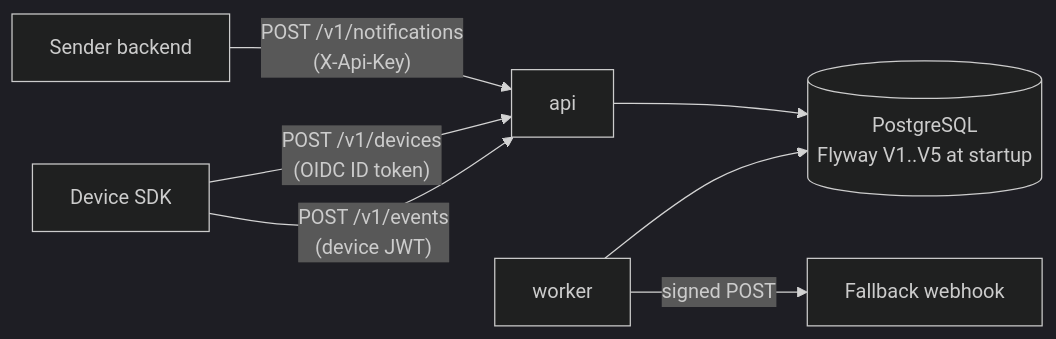
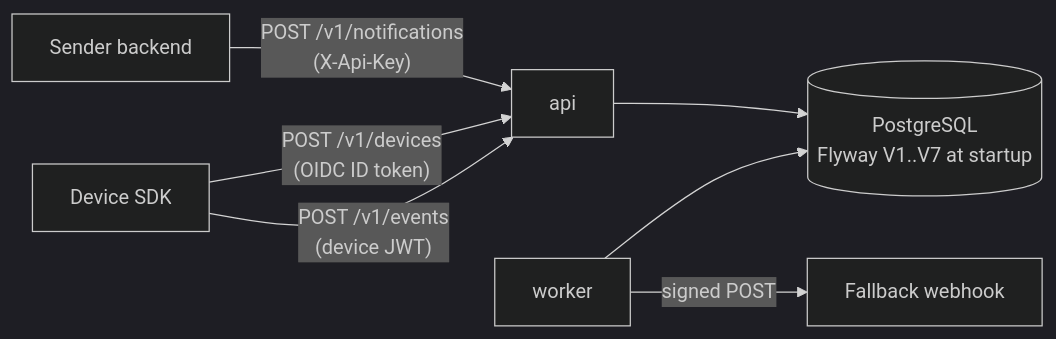
Before and after one commit to valentirob/reliable-push: the first of 2 diagrams in docs/architecture.md, drawn with Mermaid (dark theme). The commit also changed other lines of this file and 20 other files, not shown here.

````diff
--- a/docs/architecture.md
+++ b/docs/architecture.md
@@ -21,9 +21,9 @@
 ```mermaid
 flowchart LR
   SB["Sender backend"] -- "POST /v1/notifications<br/>(X-Api-Key)" --> API["api"]
   SDK["Device SDK"] -- "POST /v1/devices<br/>(OIDC ID token)" --> API
   SDK -- "POST /v1/events<br/>(device JWT)" --> API
-  API --> DB[("PostgreSQL<br/>Flyway V1..V5 at startup")]
+  API --> DB[("PostgreSQL<br/>Flyway V1..V7 at startup")]
   WRK["worker"] --> DB
   WRK -- "signed POST" --> FW["Fallback webhook"]
 ```
````
